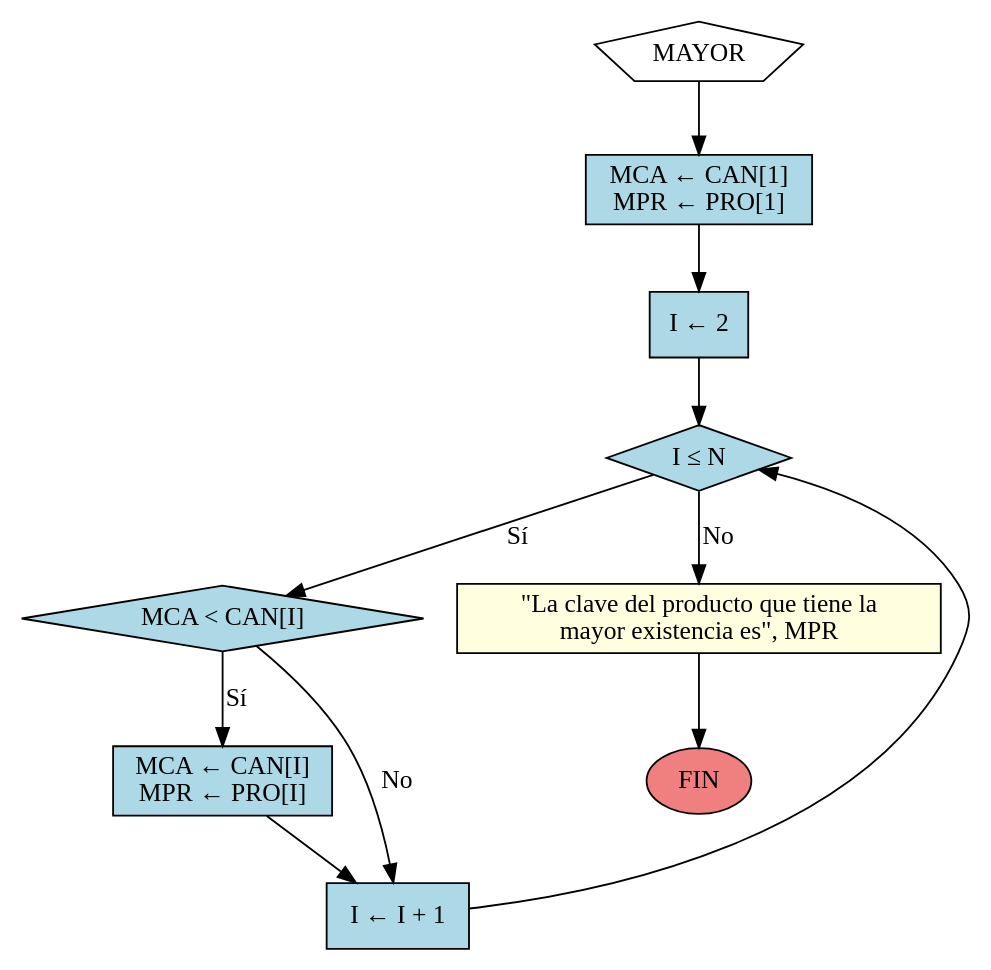
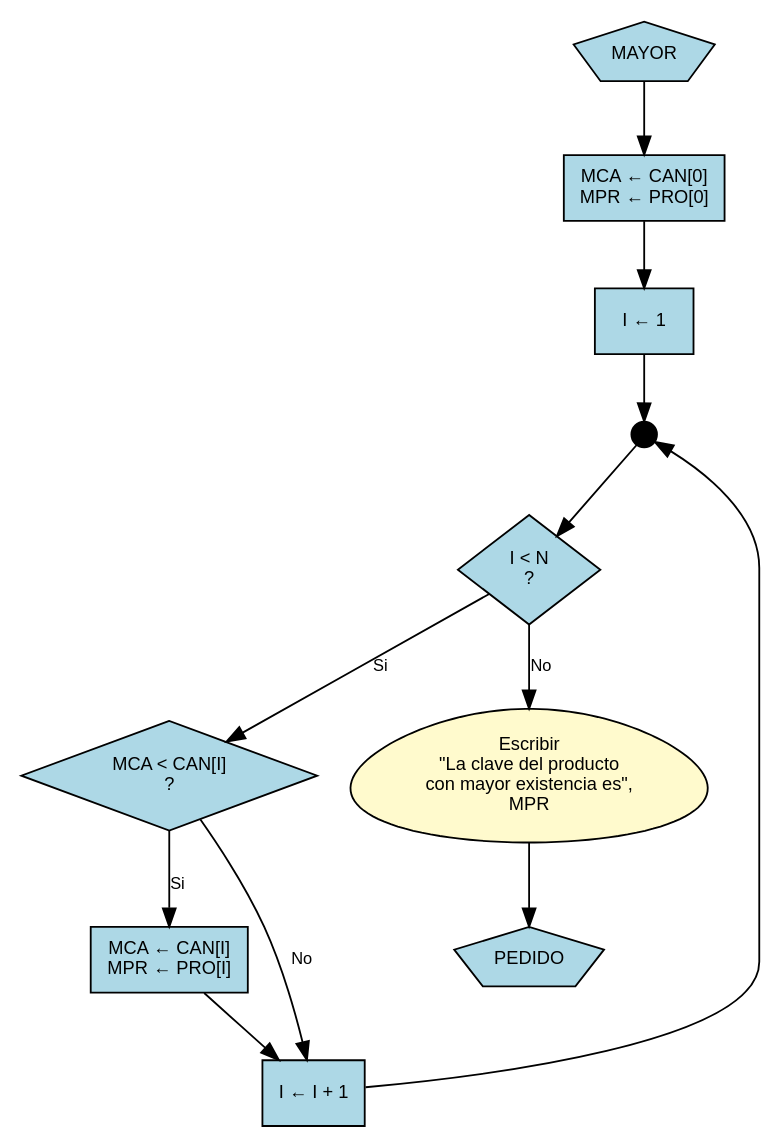
One commit to D1egoXD/JAVA-TICS changed the diagram in diagramas/problema_4_22_parte_b.dot. Above: the diagram before and after it, drawn with Graphviz. The commit also changed 4 other files, not shown here.

Commit message:
Actualizar problema 4.22 - Gestión de inventario según estructura del código

```diff
--- a/diagramas/problema_4_22_parte_b.dot
+++ b/diagramas/problema_4_22_parte_b.dot
@@ -1,27 +1,30 @@
-digraph problema_4_22_parte_b {
+digraph Inventario_Parte_B {
     rankdir=TB;
-    node [shape=box, style=filled];
+    node [shape=box, style=filled, fontname="Arial", fontsize=10];
+    edge [fontname="Arial", fontsize=9];
 
     // Nodos
-    conector_mayor [label="MAYOR", shape=pentagon, fillcolor=white];
-    inicializar [label="MCA ← CAN[1]\nMPR ← PRO[1]", fillcolor=lightblue];
-    asignar_i [label="I ← 2", fillcolor=lightblue];
-    ciclo [label="I ≤ N", shape=diamond, fillcolor=lightblue];
-    comparacion [label="MCA < CAN[I]", shape=diamond, fillcolor=lightblue];
-    actualizar [label="MCA ← CAN[I]\nMPR ← PRO[I]", fillcolor=lightblue];
-    incremento [label="I ← I + 1", fillcolor=lightblue];
-    mensaje [label="\"La clave del producto que tiene la\nmayor existencia es\", MPR", fillcolor=lightyellow];
-    fin [label="FIN", shape=oval, fillcolor=lightcoral];
+    conectorMayor [label="MAYOR", shape=pentagon, fillcolor="#ADD8E6", color=black, fontcolor=black];
+    inicializar [label="MCA ← CAN[0]\nMPR ← PRO[0]", shape=box, fillcolor="#ADD8E6", color=black, fontcolor=black];
+    initI [label="I ← 1", shape=box, fillcolor="#ADD8E6", color=black, fontcolor=black];
+    converge1 [label="", shape=circle, width=0.2, height=0.2, fillcolor=black, color=black];
+    ciclo [label="I < N\n?", shape=diamond, fillcolor="#ADD8E6", color=black, fontcolor=black];
+    comparacion [label="MCA < CAN[I]\n?", shape=diamond, fillcolor="#ADD8E6", color=black, fontcolor=black];
+    actualizar [label="MCA ← CAN[I]\nMPR ← PRO[I]", shape=box, fillcolor="#ADD8E6", color=black, fontcolor=black];
+    incremento [label="I ← I + 1", shape=box, fillcolor="#ADD8E6", color=black, fontcolor=black];
+    msgMayor [label="Escribir\n\"La clave del producto\ncon mayor existencia es\",\nMPR", shape=egg, fillcolor="#FFFACD", color=black, fontcolor=black];
+    conectorPedido [label="PEDIDO", shape=pentagon, fillcolor="#ADD8E6", color=black, fontcolor=black];
 
     // Conexiones
-    conector_mayor -> inicializar;
-    inicializar -> asignar_i;
-    asignar_i -> ciclo;
-    ciclo -> comparacion [label="Sí"];
-    ciclo -> mensaje [label="No"];
-    comparacion -> actualizar [label="Sí"];
+    conectorMayor -> inicializar;
+    inicializar -> initI;
+    initI -> converge1;
+    converge1 -> ciclo;
+    ciclo -> comparacion [label="Si"];
+    ciclo -> msgMayor [label="No"];
+    comparacion -> actualizar [label="Si"];
     comparacion -> incremento [label="No"];
     actualizar -> incremento;
-    incremento -> ciclo;
-    mensaje -> fin;
+    incremento -> converge1;
+    msgMayor -> conectorPedido;
 }
```
